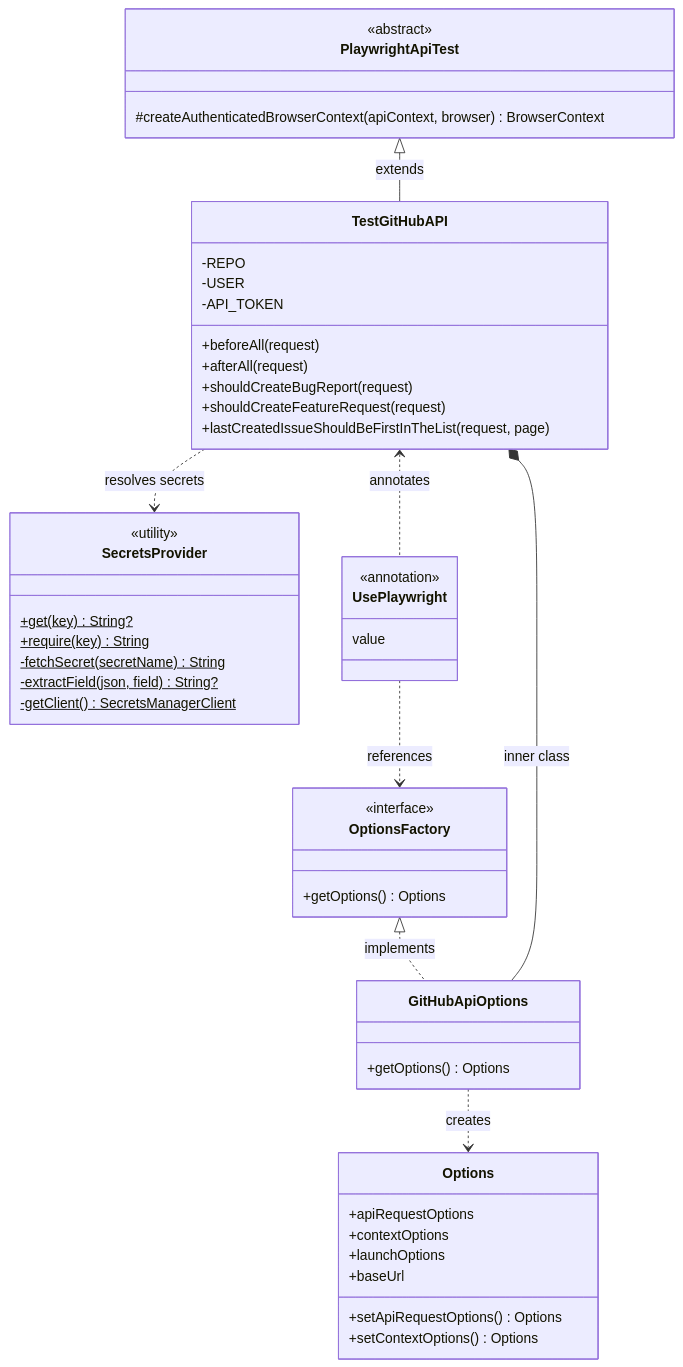
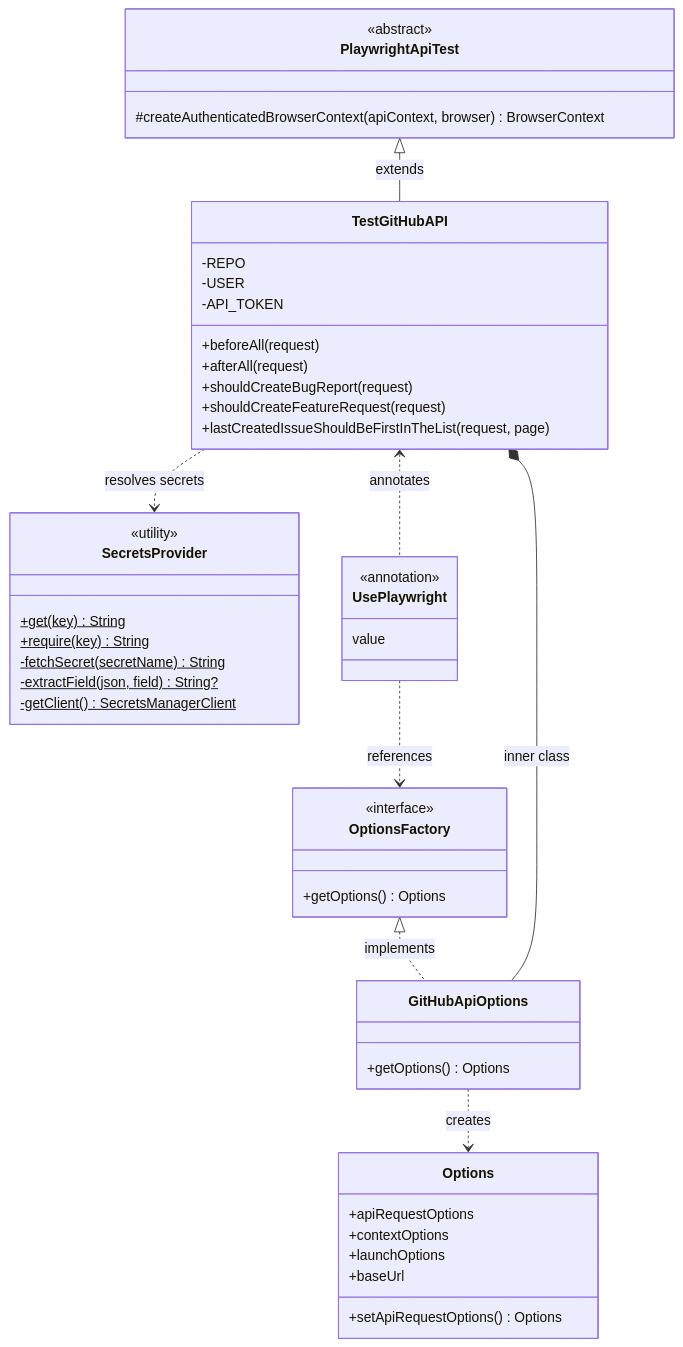
Before and after one commit to oscarvarto/playwright-practice: the first of 4 diagrams in docs/api-testing.md, drawn with Mermaid. The commit also changed other lines of this file and 2 other files, not shown here.

````diff
--- a/docs/api-testing.md
+++ b/docs/api-testing.md
@@ -10,60 +10,59 @@
 ```mermaid
 classDiagram
     direction TB
 
     class OptionsFactory {
         <<interface>>
         +getOptions() Options
     }
 
     class Options {
         +apiRequestOptions
         +contextOptions
         +launchOptions
         +baseUrl
         +setApiRequestOptions() Options
-        +setContextOptions() Options
     }
 
     class PlaywrightApiTest {
         <<abstract>>
         #createAuthenticatedBrowserContext(apiContext, browser) BrowserContext
     }
 
     class TestGitHubAPI {
         -REPO
         -USER
         -API_TOKEN
         +beforeAll(request)
         +afterAll(request)
         +shouldCreateBugReport(request)
         +shouldCreateFeatureRequest(request)
         +lastCreatedIssueShouldBeFirstInTheList(request, page)
     }
 
     class SecretsProvider {
         <<utility>>
-        +get(key)$ String?
+        +get(key)$ String
         +require(key)$ String
         -fetchSecret(secretName)$ String
         -extractField(json, field)$ String?
         -getClient()$ SecretsManagerClient
     }
 
     class GitHubApiOptions {
         +getOptions() Options
     }
 
     class UsePlaywright {
         <<annotation>>
         value
     }
 
     PlaywrightApiTest <|-- TestGitHubAPI : extends
     OptionsFactory <|.. GitHubApiOptions : implements
     TestGitHubAPI *-- GitHubApiOptions : inner class
     GitHubApiOptions ..> Options : creates
     UsePlaywright ..> OptionsFactory : references
     TestGitHubAPI <.. UsePlaywright : annotates
     TestGitHubAPI ..> SecretsProvider : resolves secrets
 ```
````
